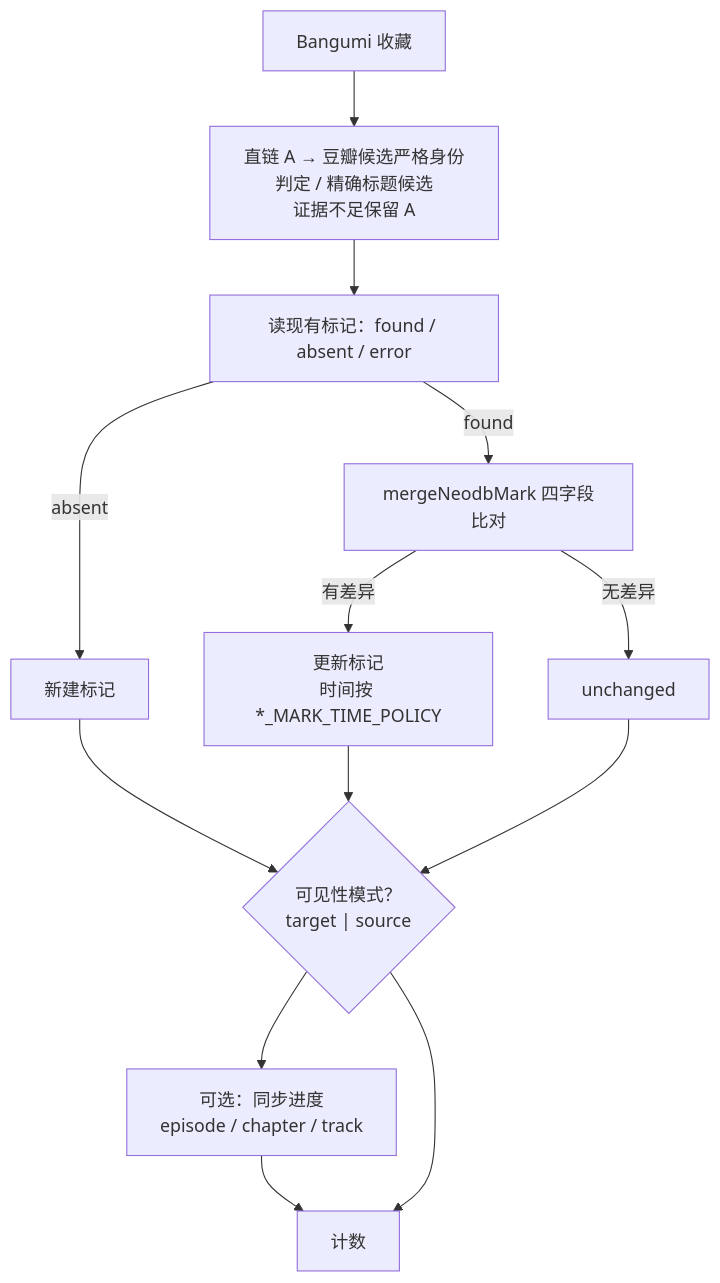
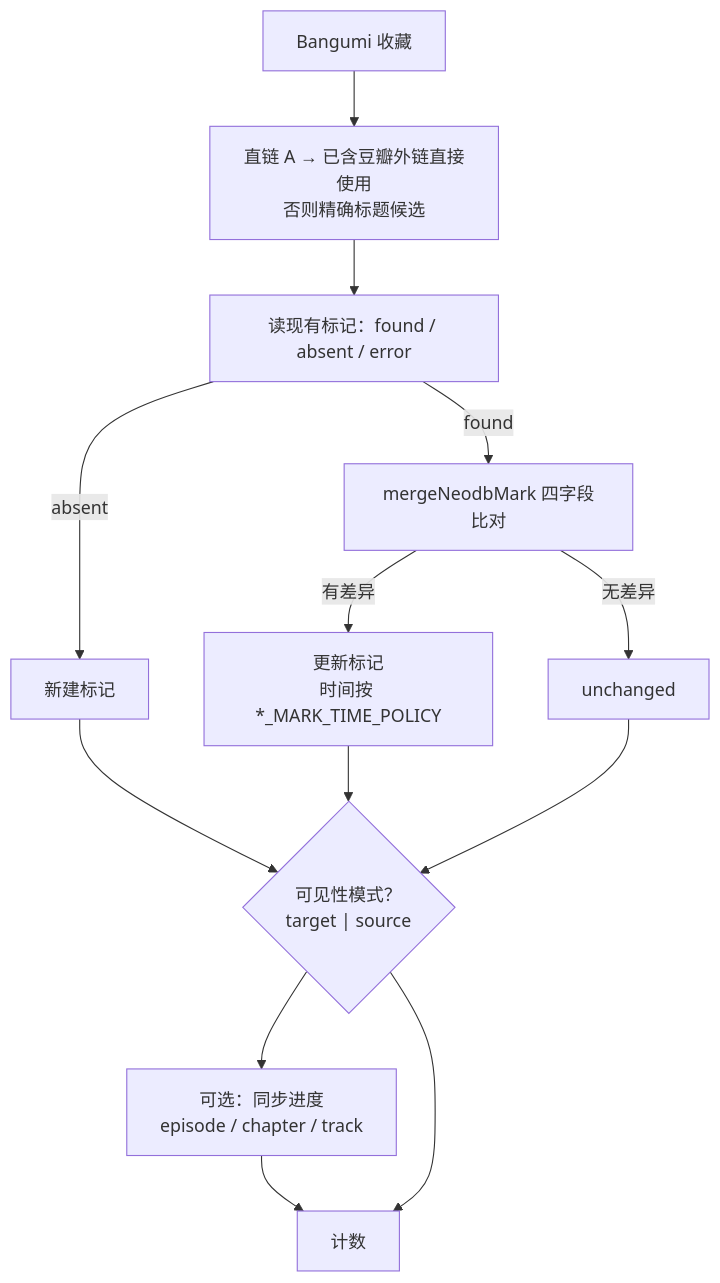
Before and after one commit to sachikoakina/Audiovisual-Transporter: the sixth of 10 diagrams in README.md, drawn with Mermaid. The commit also changed other lines of this file and 8 other files, not shown here.

````diff
--- a/README.md
+++ b/README.md
@@ -136,15 +136,15 @@
 ```mermaid
 flowchart TD
-    A["Bangumi 收藏"] --> B["直链 A → 豆瓣候选严格身份判定 / 精确标题候选<br/>证据不足保留 A"]
+    A["Bangumi 收藏"] --> B["直链 A → 已含豆瓣外链直接使用<br/>否则精确标题候选"]
     B --> C["读现有标记：found / absent / error"]
     C -->|absent| D["新建标记"]
     C -->|found| E["mergeNeodbMark 四字段比对"]
     E -->|有差异| F["更新标记<br/>时间按 *_MARK_TIME_POLICY"]
     E -->|无差异| G["unchanged"]
     D --> H{"可见性模式？<br/>target | source"}
     F --> H
     G --> H
     H --> I["可选：同步进度<br/>episode / chapter / track"]
     I --> Z["计数"]
     H --> Z
 ```
````
